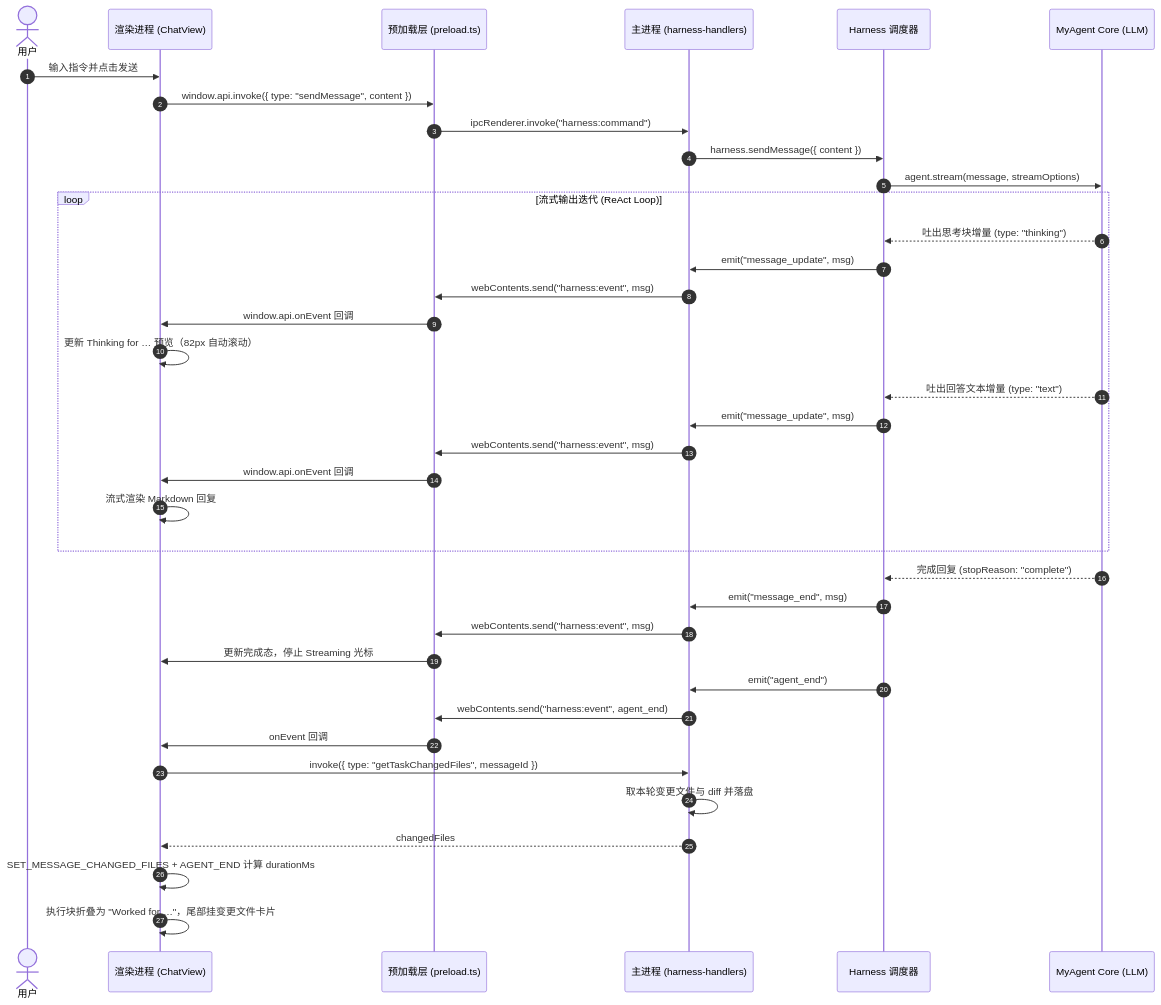
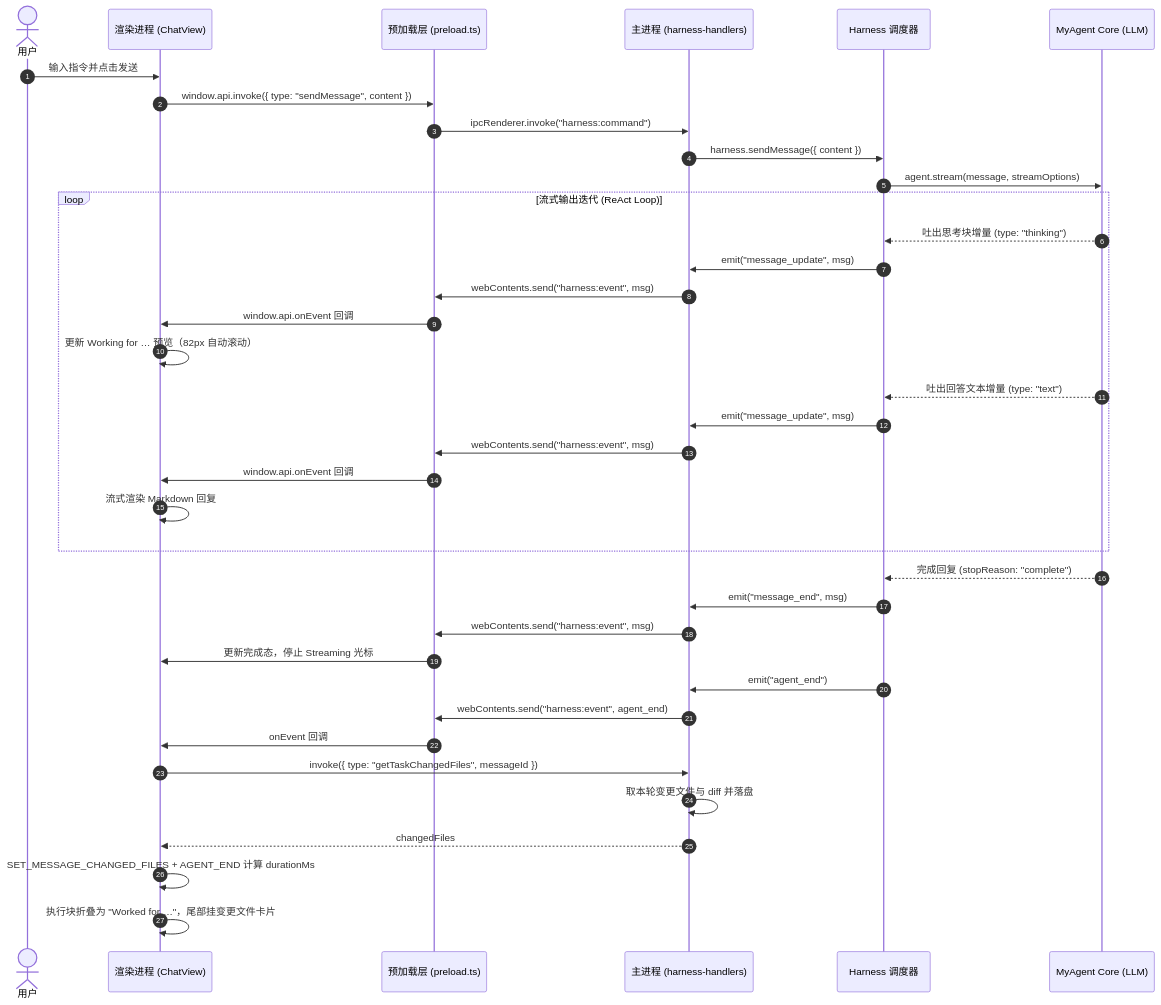
The third of 5 diagrams in README.md (kidyfirst/my-agent), drawn with Mermaid before and after one commit. The commit also changed other lines of this file and 16 other files, not shown here.

````diff
--- a/README.md
+++ b/README.md
@@ -724,44 +732,44 @@
 ```mermaid
 sequenceDiagram
     autonumber
     actor User as 用户
     participant React as 渲染进程 (ChatView)
     participant Preload as 预加载层 (preload.ts)
     participant Main as 主进程 (harness-handlers)
     participant Harness as Harness 调度器
     participant Agent as MyAgent Core (LLM)
 
     User->>React: 输入指令并点击发送
     React->>Preload: window.api.invoke({ type: "sendMessage", content })
     Preload->>Main: ipcRenderer.invoke("harness:command")
     Main->>Harness: harness.sendMessage({ content })
     Harness->>Agent: agent.stream(message, streamOptions)
 
     loop 流式输出迭代 (ReAct Loop)
         Agent-->>Harness: 吐出思考块增量 (type: "thinking")
         Harness->>Main: emit("message_update", msg)
         Main->>Preload: webContents.send("harness:event", msg)
         Preload->>React: window.api.onEvent 回调
-        React->>React: 更新 Thinking for … 预览（82px 自动滚动）
+        React->>React: 更新 Working for … 预览（82px 自动滚动）
 
         Agent-->>Harness: 吐出回答文本增量 (type: "text")
         Harness->>Main: emit("message_update", msg)
         Main->>Preload: webContents.send("harness:event", msg)
         Preload->>React: window.api.onEvent 回调
         React->>React: 流式渲染 Markdown 回复
     end
 
     Agent-->>Harness: 完成回复 (stopReason: "complete")
     Harness->>Main: emit("message_end", msg)
     Main->>Preload: webContents.send("harness:event", msg)
     Preload->>React: 更新完成态，停止 Streaming 光标
 
     Harness->>Main: emit("agent_end")
     Main->>Preload: webContents.send("harness:event", agent_end)
     Preload->>React: onEvent 回调
     React->>Main: invoke({ type: "getTaskChangedFiles", messageId })
     Main->>Main: 取本轮变更文件与 diff 并落盘
     Main-->>React: changedFiles
     React->>React: SET_MESSAGE_CHANGED_FILES + AGENT_END 计算 durationMs
     React->>React: 执行块折叠为 "Worked for …"，尾部挂变更文件卡片
 ```
````
